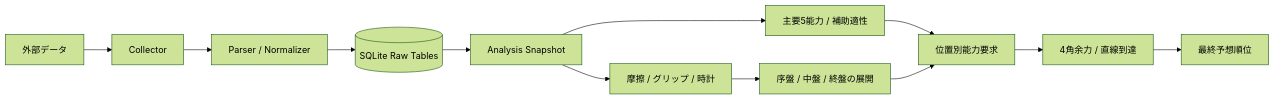
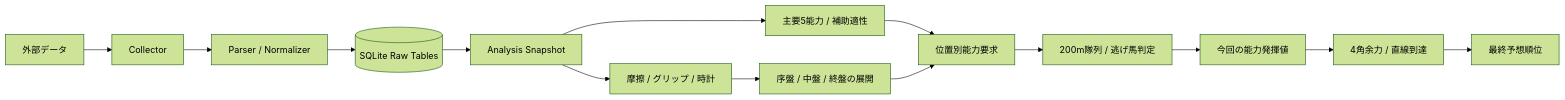
The diagram in README.md (ItouHinata/keiba-analyzer-public), drawn with Mermaid (forest theme) before and after one commit. The commit also changed other lines of this file and 12 other files, not shown here.

````diff
--- a/README.md
+++ b/README.md
@@ -90,14 +104,16 @@
 ```mermaid
 flowchart LR
     A[外部データ] --> B[Collector]
     B --> C[Parser / Normalizer]
     C --> D[(SQLite Raw Tables)]
     D --> E[Analysis Snapshot]
     E --> F[摩擦 / グリップ / 時計]
     E --> G[主要5能力 / 補助適性]
     F --> H[序盤 / 中盤 / 終盤の展開]
     G --> I[位置別能力要求]
     H --> I
-    I --> J[4角余力 / 直線到達]
-    J --> K[最終予想順位]
+    I --> J[200m隊列 / 逃げ馬判定]
+    J --> L[今回の能力発揮値]
+    L --> M[4角余力 / 直線到達]
+    M --> K[最終予想順位]
 ```
````
